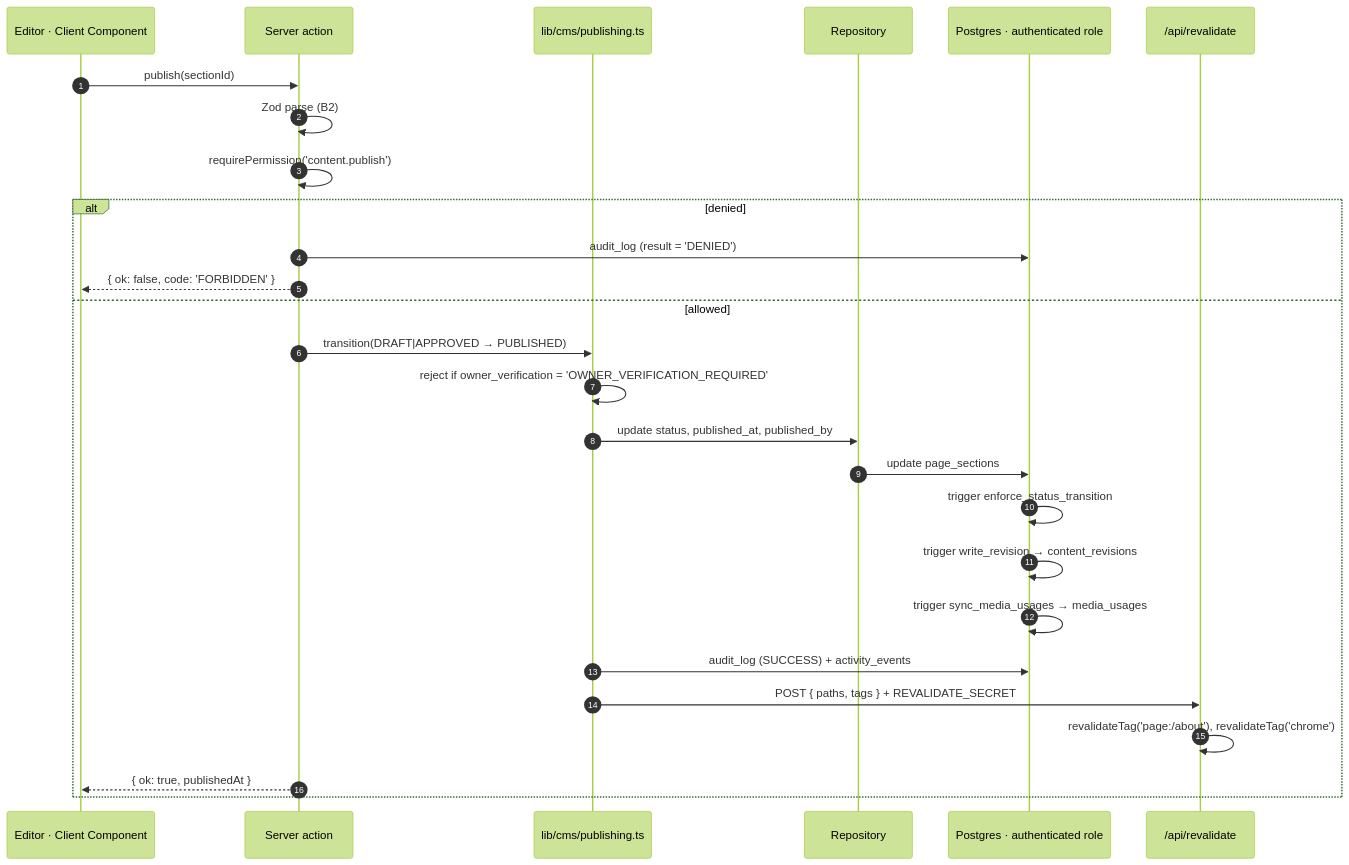
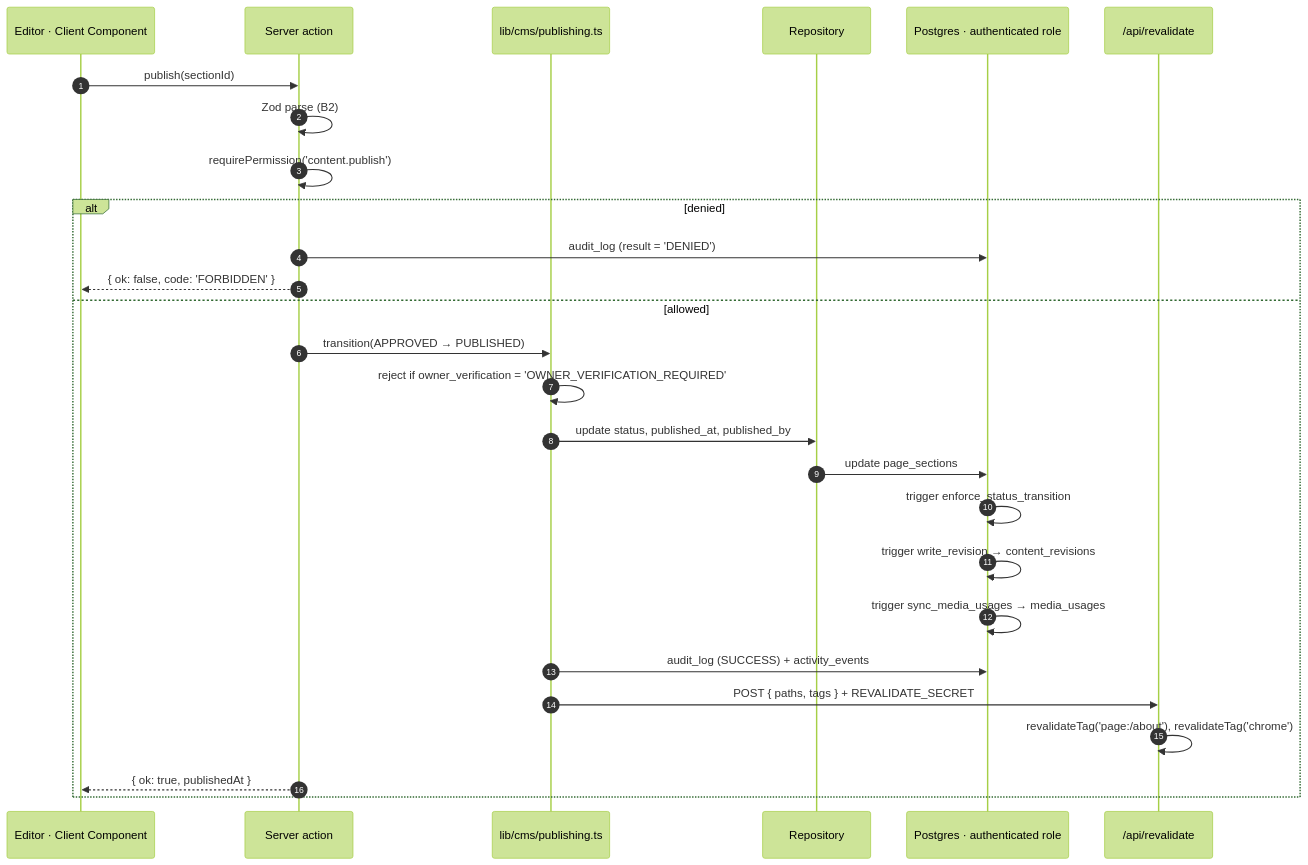
One commit to gondaliyabhavya70960/RivyaLivingArt changed the third of 4 diagrams in docs/architecture/ARCHITECTURE.md. Above: the diagram before and after it, drawn with Mermaid (forest theme). The commit also changed other lines of this file and 22 other files, not shown here.

````diff
--- a/docs/architecture/ARCHITECTURE.md
+++ b/docs/architecture/ARCHITECTURE.md
@@ -293,30 +321,30 @@
 ```mermaid
 sequenceDiagram
   autonumber
   participant U as Editor · Client Component
   participant A as Server action
   participant P as lib/cms/publishing.ts
   participant R as Repository
   participant DB as Postgres · authenticated role
   participant RV as /api/revalidate
 
   U->>A: publish(sectionId)
   A->>A: Zod parse (B2)
   A->>A: requirePermission('content.publish')
   alt denied
     A->>DB: audit_log (result = 'DENIED')
     A-->>U: { ok: false, code: 'FORBIDDEN' }
   else allowed
-    A->>P: transition(DRAFT|APPROVED → PUBLISHED)
+    A->>P: transition(APPROVED → PUBLISHED)
     P->>P: reject if owner_verification = 'OWNER_VERIFICATION_REQUIRED'
     P->>R: update status, published_at, published_by
     R->>DB: update page_sections
     DB->>DB: trigger enforce_status_transition
     DB->>DB: trigger write_revision → content_revisions
     DB->>DB: trigger sync_media_usages → media_usages
     P->>DB: audit_log (SUCCESS) + activity_events
     P->>RV: POST { paths, tags } + REVALIDATE_SECRET
     RV->>RV: revalidateTag('page:/about'), revalidateTag('chrome')
     A-->>U: { ok: true, publishedAt }
   end
 ```
````
